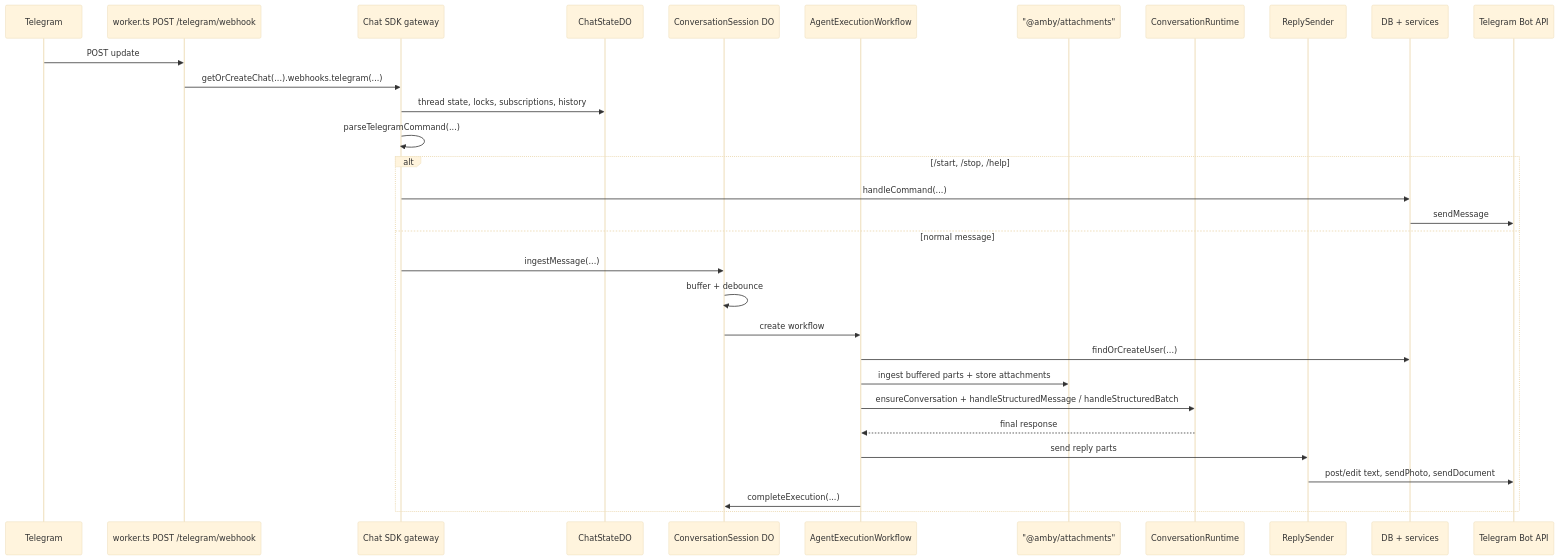
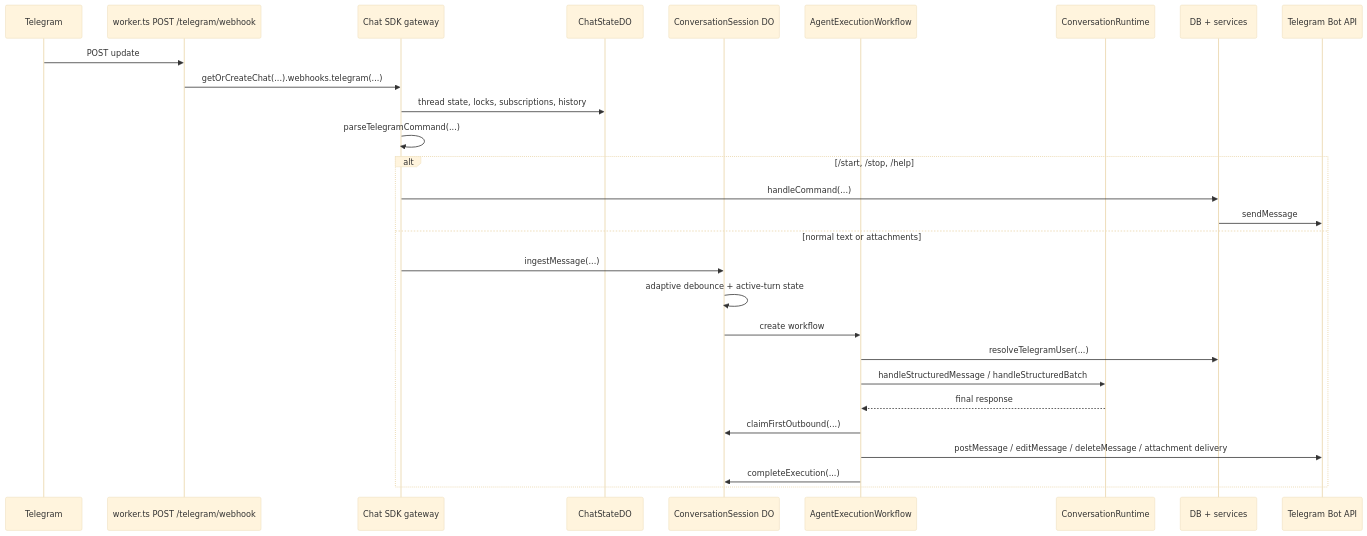
One commit to punitarani/amby changed the first of 4 diagrams in docs/channels/telegram.md. Above: the diagram before and after it, drawn with Mermaid (base theme). The commit also changed other lines of this file and 23 other files, not shown here.

````diff
--- a/docs/channels/telegram.md
+++ b/docs/channels/telegram.md
@@ -47,35 +43,32 @@
 ```mermaid
 sequenceDiagram
     participant TG as Telegram
     participant WH as worker.ts POST /telegram/webhook
     participant SDK as Chat SDK gateway
     participant State as ChatStateDO
     participant Sess as ConversationSession DO
     participant WF as AgentExecutionWorkflow
-    participant Attach as "@amby/attachments"
     participant Agent as ConversationRuntime
-    participant Send as ReplySender
     participant DB as DB + services
     participant API as Telegram Bot API
 
     TG->>WH: POST update
     WH->>SDK: getOrCreateChat(...).webhooks.telegram(...)
     SDK->>State: thread state, locks, subscriptions, history
     SDK->>SDK: parseTelegramCommand(...)
 
     alt /start, /stop, /help
         SDK->>DB: handleCommand(...)
         DB->>API: sendMessage
-    else normal message
+    else normal text or attachments
         SDK->>Sess: ingestMessage(...)
-        Sess->>Sess: buffer + debounce
+        Sess->>Sess: adaptive debounce + active-turn state
         Sess->>WF: create workflow
-        WF->>DB: findOrCreateUser(...)
-        WF->>Attach: ingest buffered parts + store attachments
-        WF->>Agent: ensureConversation + handleStructuredMessage / handleStructuredBatch
+        WF->>DB: resolveTelegramUser(...)
+        WF->>Agent: handleStructuredMessage / handleStructuredBatch
         Agent-->>WF: final response
-        WF->>Send: send reply parts
-        Send->>API: post/edit text, sendPhoto, sendDocument
+        WF->>Sess: claimFirstOutbound(...)
+        WF->>API: postMessage / editMessage / deleteMessage / attachment delivery
         WF->>Sess: completeExecution(...)
     end
 ```
````
